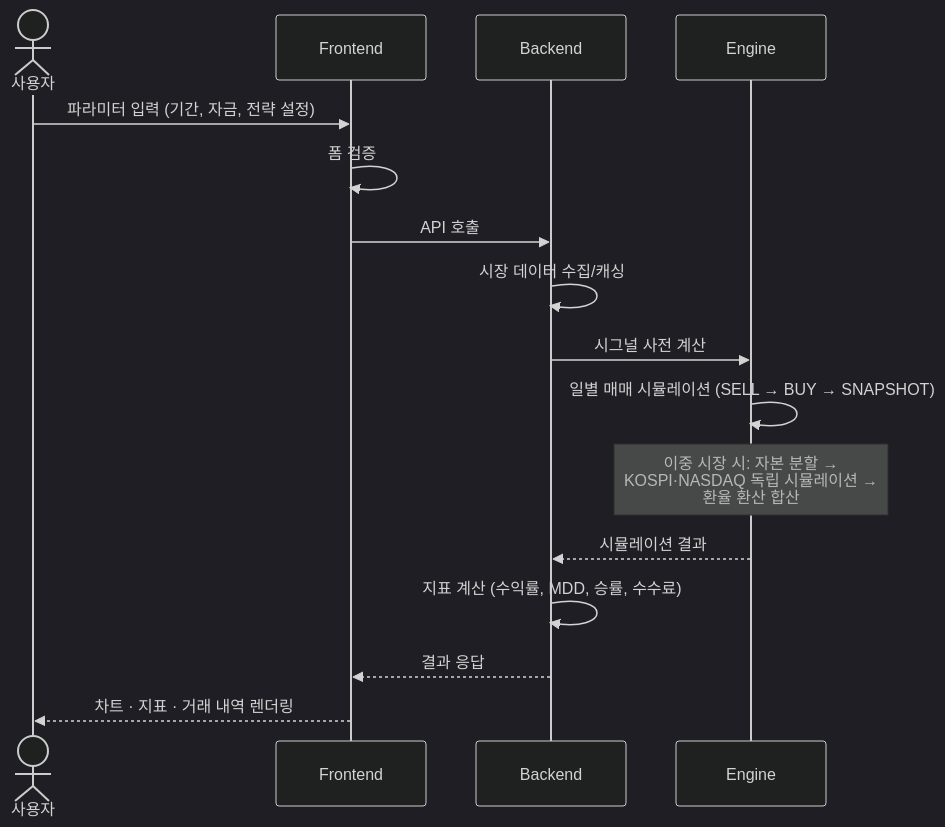
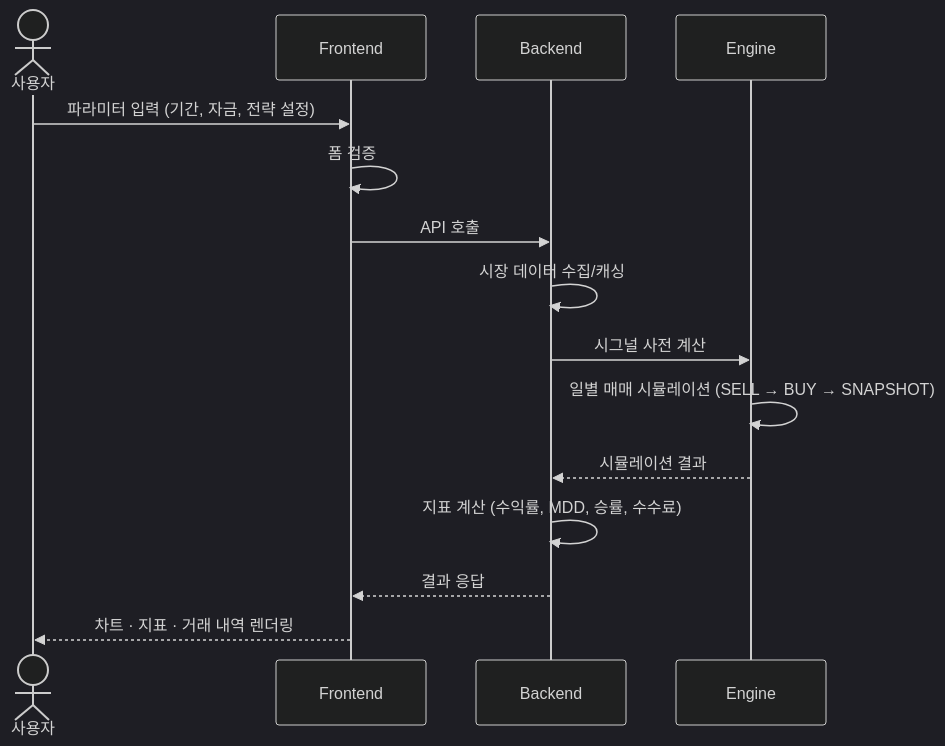
The first of 2 diagrams in docs/01-architecture.md (lonelywolflee/lw-project-stock-simulator), drawn with Mermaid (dark theme) before and after one commit. The commit also changed other lines of this file and 5 other files, not shown here.

````diff
--- a/docs/01-architecture.md
+++ b/docs/01-architecture.md
@@ -32,19 +31,18 @@
 ```mermaid
 sequenceDiagram
     actor User as 사용자
     participant FE as Frontend
     participant BE as Backend
     participant Engine as Engine
 
     User->>FE: 파라미터 입력 (기간, 자금, 전략 설정)
     FE->>FE: 폼 검증
     FE->>BE: API 호출
     BE->>BE: 시장 데이터 수집/캐싱
     BE->>Engine: 시그널 사전 계산
     Engine->>Engine: 일별 매매 시뮬레이션 (SELL → BUY → SNAPSHOT)
-    Note over Engine: 이중 시장 시: 자본 분할 →<br/>KOSPI·NASDAQ 독립 시뮬레이션 →<br/>환율 환산 합산
     Engine-->>BE: 시뮬레이션 결과
     BE->>BE: 지표 계산 (수익률, MDD, 승률, 수수료)
     BE-->>FE: 결과 응답
     FE-->>User: 차트 · 지표 · 거래 내역 렌더링
 ```
````
